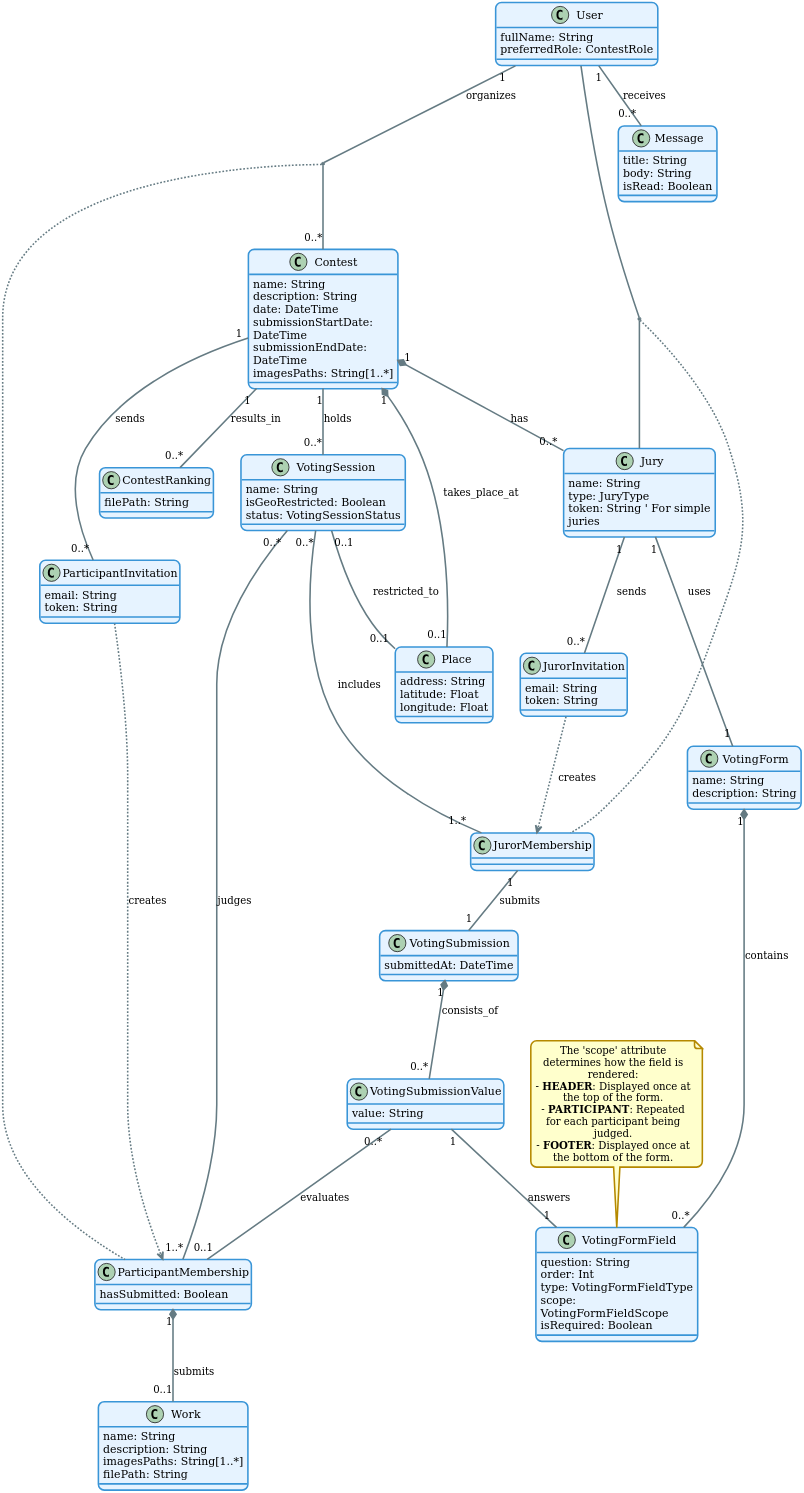
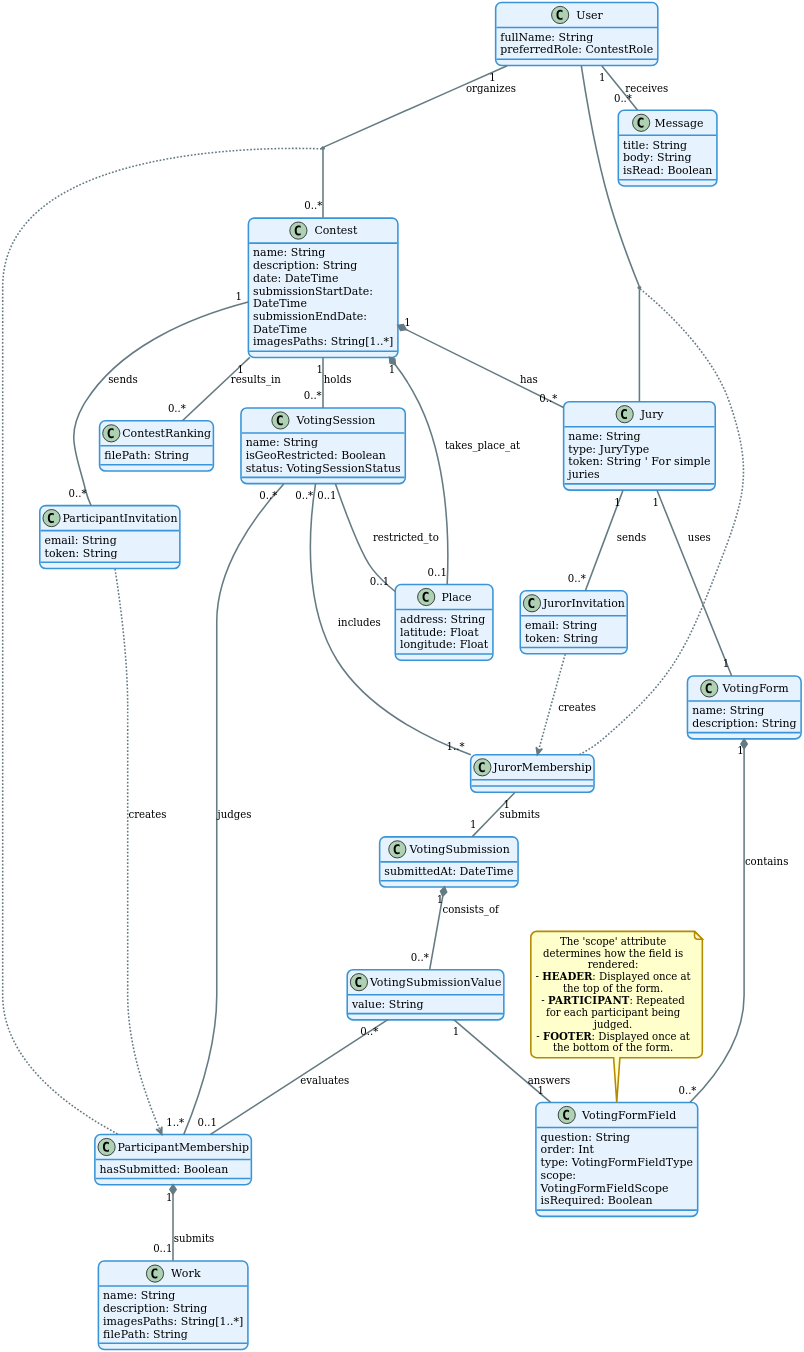
The diagram in thesis/diagrams/src/class-diagram.puml (TMoretta/Swift-Contest), drawn with PlantUML before and after one commit. The commit also changed 69 other files, not shown here.

```diff
--- a/thesis/diagrams/src/class-diagram.puml
+++ b/thesis/diagrams/src/class-diagram.puml
@@ -1,155 +1,156 @@
 @startuml
 
 !theme sunlust
+skinparam dpi 300
 top to bottom direction
-skinparam dpi 300
 skinparam backgroundColor transparent
 skinparam actorStyle awesome
 skinparam shadowing false
+skinparam ranksep 40
 
 skinparam class {
   backgroundColor #E6F3FF
   borderColor #3995D7
 }
 
 ' =======================================
 ' Definizione delle Classi
 ' =======================================
 
 class User {
   fullName: String
   preferredRole: ContestRole
 }
 
 class Message {
   title: String
   body: String
   isRead: Boolean
 }
 
 class Contest {
   name: String
   description: String
   date: DateTime
   submissionStartDate: DateTime
   submissionEndDate: DateTime
   imagesPaths: String[1..*]
 }
 
 class Place {
   address: String
   latitude: Float
   longitude: Float
 }
 
 class Work {
   name: String
   description: String
   imagesPaths: String[1..*]
   filePath: String
 }
 
 class Jury {
   name: String
   type: JuryType
   token: String ' For simple juries
 }
 
 class VotingForm {
   name: String
   description: String
 }
 
 class VotingFormField {
   question: String
   order: Int
   type: VotingFormFieldType
   scope: VotingFormFieldScope
   isRequired: Boolean
 }
 
 class VotingSession {
   name: String
   isGeoRestricted: Boolean
   status: VotingSessionStatus
 }
 
 class ContestRanking {
   filePath: String
 }
 
 class VotingSubmission {
   submittedAt: DateTime
 }
 
 class VotingSubmissionValue {
   value: String
 }
 
 ' --- Classi di Associazione e Invito ---
 class ParticipantMembership {
   hasSubmitted: Boolean
 }
 
 class JurorMembership {
 }
 
 class ParticipantInvitation {
   email: String
   token: String
 }
 
 class JurorInvitation {
   email: String
   token: String
 }
 
 ' --- Nota Esplicativa per la logica dello Scope ---
 note "The 'scope' attribute determines how the field is rendered:\n- **HEADER**: Displayed once at the top of the form.\n- **PARTICIPANT**: Repeated for each participant being judged.\n- **FOOTER**: Displayed once at the bottom of the form." as NOTE_VotingFormField
 NOTE_VotingFormField .- VotingFormField
 
 ' =======================================
 ' Definizione delle Relazioni
 ' =======================================
 
 ' --- Relazioni Principali ---
 User "1" -- "0..*" Message : receives
 User "1" -- "0..*" Contest : organizes
 
 ' MODIFICA: Usata la composizione
 Contest "1" *-- "0..1" Place : takes_place_at
 Contest "1" *-- "0..*" Jury : has
 Contest "1" -- "0..*" ContestRanking : results_in
 Contest "1" -- "0..*" VotingSession : holds
 
 ' --- Relazioni per Inviti ---
 Contest "1" -- "0..*" ParticipantInvitation : sends
 Jury "1" -- "0..*" JurorInvitation : sends
 ParticipantInvitation ..> ParticipantMembership : creates
 JurorInvitation ..> JurorMembership : creates
 
 ' --- Relazioni per le Classi di Associazione ---
 (User, Contest) .. ParticipantMembership
 (User, Jury) .. JurorMembership
 
 ' MODIFICA: Usata la composizione
 ParticipantMembership "1" *-- "0..1" Work : submits
 
 ' --- Relazioni per il Processo di Voto ---
 Jury "1" -- "1" VotingForm : uses
 VotingForm "1" *-- "0..*" VotingFormField : contains
 
 VotingSession "0..1" -- "0..1" Place : restricted_to
 
 ' --- Relazioni Molti-a-Molti per le Sessioni ---
 VotingSession "0..*" -- "1..*" JurorMembership : includes
 VotingSession "0..*" -- "1..*" ParticipantMembership : judges
 
 ' --- Relazioni per la Sottomissione dei Voti ---
 JurorMembership "1" -- "1" VotingSubmission : submits
 ' MODIFICA: Usata la composizione
 VotingSubmission "1" *-- "0..*" VotingSubmissionValue : consists_of
 VotingSubmissionValue "1" -- "1" VotingFormField : answers
 VotingSubmissionValue "0..*" -- "0..1" ParticipantMembership : evaluates
 
 @enduml
```
